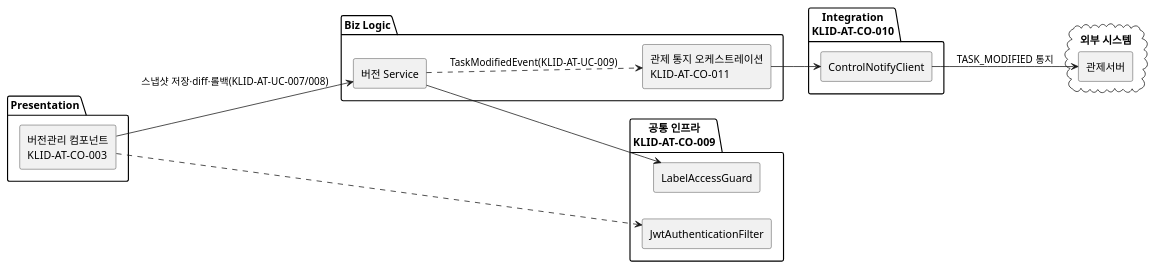
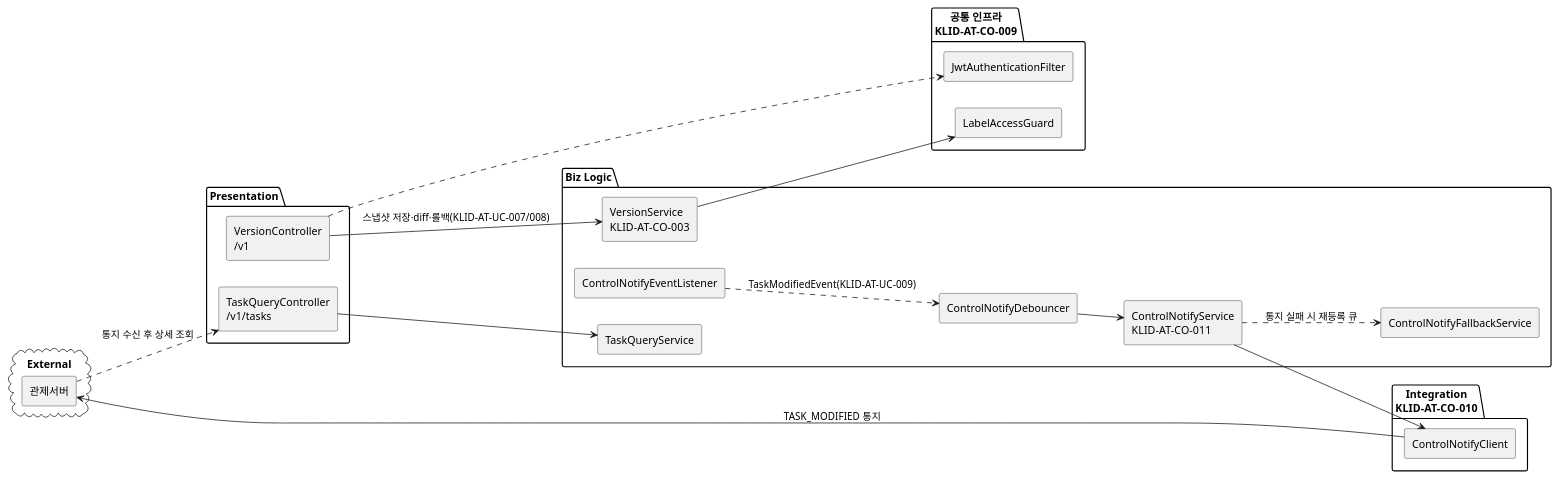
The third of 5 diagrams in docs/design/D3-컴포넌트설계서.md (New-stella/klid-label), drawn with PlantUML before and after one commit. The commit also changed other lines of this file and 36 other files, not shown here.

````diff
--- a/docs/design/D3-컴포넌트설계서.md
+++ b/docs/design/D3-컴포넌트설계서.md
@@ -121,29 +132,38 @@
 ```plantuml
 @startuml
 skinparam componentStyle rectangle
 left to right direction
 package "Presentation" {
-  [버전관리 컴포넌트\nKLID-AT-CO-003] as VER
+  [VersionController\n/v1] as VERC
+  [TaskQueryController\n/v1/tasks] as TQC
 }
 package "Biz Logic" {
-  [버전 Service] as VERS
-  [관제 통지 오케스트레이션\nKLID-AT-CO-011] as NOTI
+  [VersionService\nKLID-AT-CO-003] as VERS
+  [ControlNotifyEventListener] as CNEL
+  [ControlNotifyDebouncer] as CND
+  [ControlNotifyService\nKLID-AT-CO-011] as CNS
+  [ControlNotifyFallbackService] as CNF
+  [TaskQueryService] as TQS
 }
 package "공통 인프라\nKLID-AT-CO-009" {
   [JwtAuthenticationFilter] as JWT
   [LabelAccessGuard] as GUARD
 }
 package "Integration\nKLID-AT-CO-010" {
   [ControlNotifyClient] as CNC
 }
-cloud "외부 시스템" {
+cloud "External" {
   [관제서버] as CTRL
 }
-VER --> VERS : 스냅샷 저장·diff·롤백(KLID-AT-UC-007/008)
-VER ..> JWT
+VERC --> VERS : 스냅샷 저장·diff·롤백(KLID-AT-UC-007/008)
+VERC ..> JWT
 VERS --> GUARD
-VERS ..> NOTI : TaskModifiedEvent(KLID-AT-UC-009)
-NOTI --> CNC
+CNEL ..> CND : TaskModifiedEvent(KLID-AT-UC-009)
+CND --> CNS
+CNS --> CNC
+CNS ..> CNF : 통지 실패 시 재등록 큐
 CNC --> CTRL : TASK_MODIFIED 통지
+CTRL ..> TQC : 통지 수신 후 상세 조회
+TQC --> TQS
 @enduml
 ```
````
